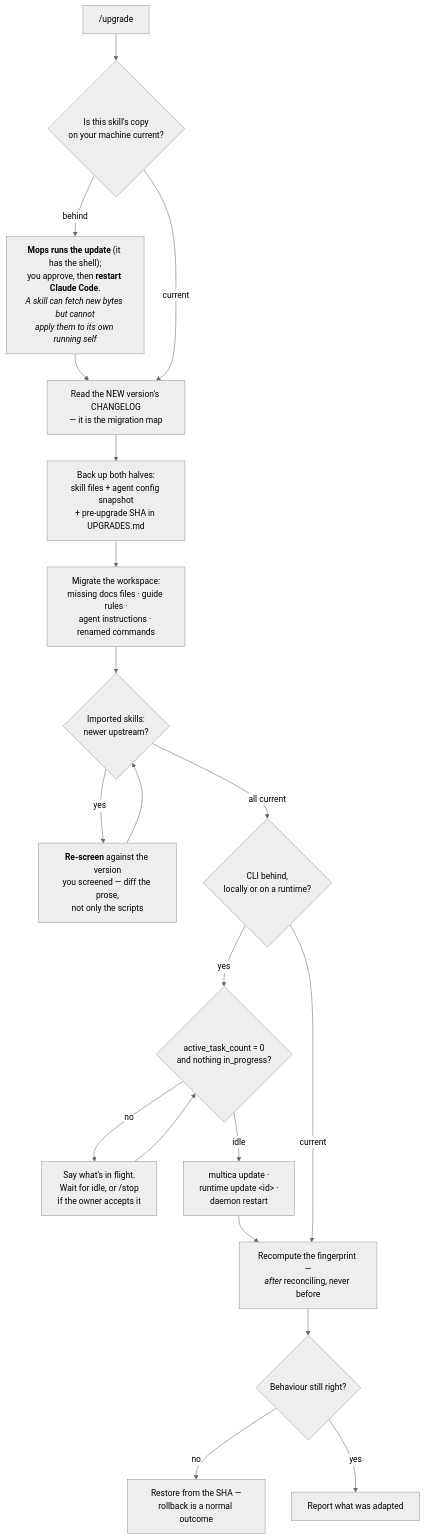
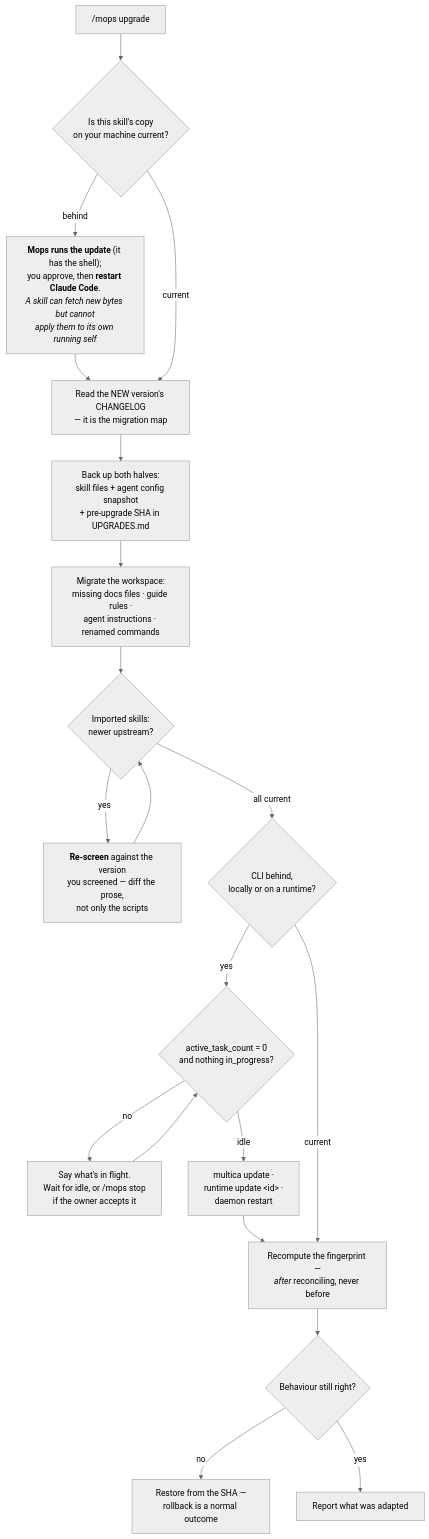
One commit to jamillazarev/multica-ops changed the seventh of 8 diagrams in WORKFLOW.md. Above: the diagram before and after it, drawn with Mermaid (neutral theme). The commit also changed other lines of this file and 3 other files, not shown here.

First line of the commit message:
v2.3.5 — diagrams say /mops too; changelog headings are just the version

````diff
--- a/WORKFLOW.md
+++ b/WORKFLOW.md
@@ -122,22 +122,22 @@
 ```mermaid
 flowchart TD
-    GO["/upgrade"] --> L1{"Is this skill's copy<br/>on your machine current?"}
+    GO["/mops upgrade"] --> L1{"Is this skill's copy<br/>on your machine current?"}
     L1 -->|"behind"| YOU["<b>Mops runs the update</b> (it has the shell);<br/>you approve, then <b>restart Claude Code</b>.<br/><i>A skill can fetch new bytes but cannot<br/>apply them to its own running self</i>"]
     YOU --> L2
     L1 -->|"current"| L2["Read the NEW version's CHANGELOG<br/>— it is the migration map"]
     L2 --> BK["Back up both halves:<br/>skill files + agent config snapshot<br/>+ pre-upgrade SHA in UPGRADES.md"]
     BK --> WS["Migrate the workspace:<br/>missing docs files · guide rules ·<br/>agent instructions · renamed commands"]
     WS --> SK{"Imported skills:<br/>newer upstream?"}
     SK -->|"yes"| SCR["<b>Re-screen</b> against the version<br/>you screened — diff the prose,<br/>not only the scripts"]
     SCR --> SK
     SK -->|"all current"| CLI{"CLI behind,<br/>locally or on a runtime?"}
     CLI -->|"yes"| IDLE{"active_task_count = 0<br/>and nothing in_progress?"}
-    IDLE -->|"no"| WAIT["Say what's in flight.<br/>Wait for idle, or /stop<br/>if the owner accepts it"]
+    IDLE -->|"no"| WAIT["Say what's in flight.<br/>Wait for idle, or /mops stop<br/>if the owner accepts it"]
     WAIT --> IDLE
     IDLE -->|"idle"| UPD["multica update ·<br/>runtime update &lt;id&gt; ·<br/>daemon restart"]
     UPD --> FP
     CLI -->|"current"| FP["Recompute the fingerprint —<br/><i>after</i> reconciling, never before"]
     FP --> VER{"Behaviour still right?"}
     VER -->|"no"| RB["Restore from the SHA —<br/>rollback is a normal outcome"]
     VER -->|"yes"| DONE["Report what was adapted"]
 ```
````
